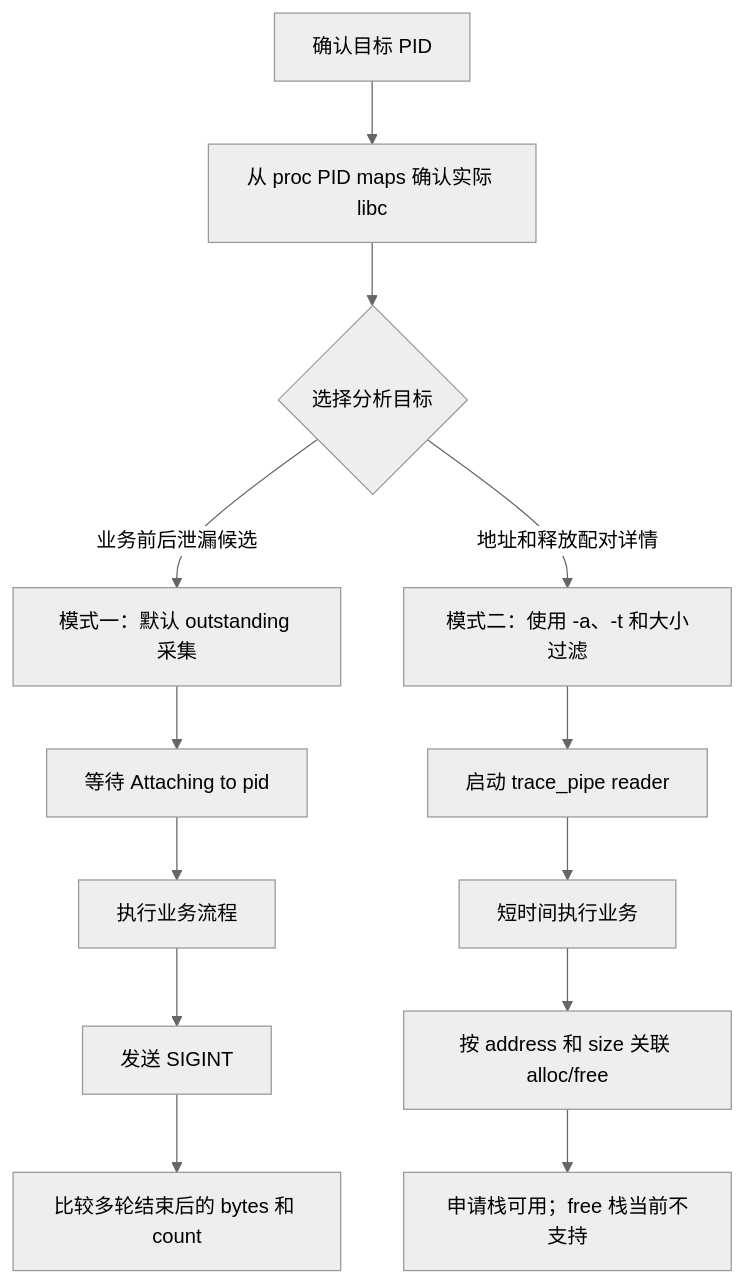
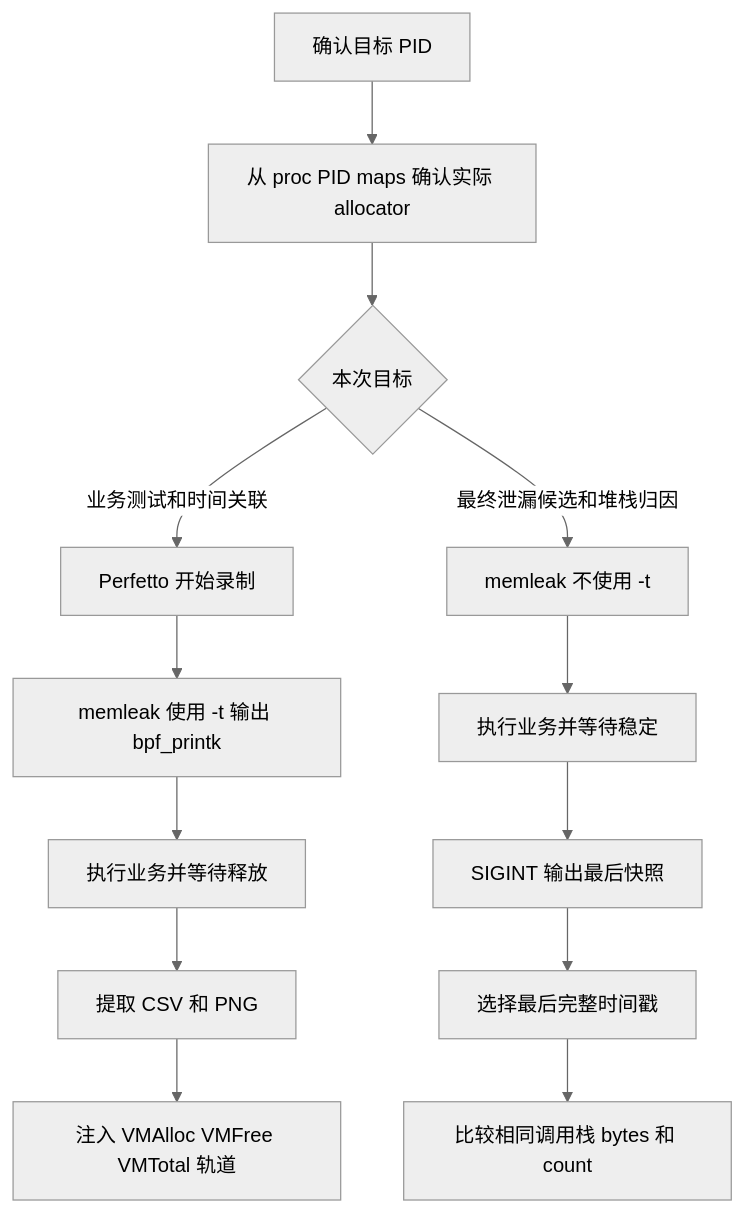
The diagram in libbpf-tools/README.memleak.android.md (kaspersigi/android-memleak), drawn with Mermaid (neutral theme) before and after one commit. The commit also changed other lines of this file, not shown here.

Commit message:
docs(memleak): document VM test and analysis workflows

````diff
--- a/libbpf-tools/README.memleak.android.md
+++ b/libbpf-tools/README.memleak.android.md
@@ -175,17 +181,17 @@
 ```mermaid
 flowchart TD
-    A[确认目标 PID] --> B[从 proc PID maps 确认实际 libc]
-    B --> C{选择分析目标}
+    A[确认目标 PID] --> B[从 proc PID maps 确认实际 allocator]
+    B --> C{本次目标}
 
-    C -->|业务前后泄漏候选| D[模式一：默认 outstanding 采集]
-    D --> E[等待 Attaching to pid]
-    E --> F[执行业务流程]
-    F --> G[发送 SIGINT]
-    G --> H[比较多轮结束后的 bytes 和 count]
+    C -->|业务测试和时间关联| T1[Perfetto 开始录制]
+    T1 --> T2[memleak 使用 -t 输出 bpf_printk]
+    T2 --> T3[执行业务并等待释放]
+    T3 --> T4[提取 CSV 和 PNG]
+    T4 --> T5[注入 VMAlloc VMFree VMTotal 轨道]
 
-    C -->|地址和释放配对详情| I[模式二：使用 -a、-t 和大小过滤]
-    I --> J[启动 trace_pipe reader]
-    J --> K[短时间执行业务]
-    K --> L[按 address 和 size 关联 alloc/free]
-    L --> M[申请栈可用；free 栈当前不支持]
+    C -->|最终泄漏候选和堆栈归因| A1[memleak 不使用 -t]
+    A1 --> A2[执行业务并等待稳定]
+    A2 --> A3[SIGINT 输出最后快照]
+    A3 --> A4[选择最后完整时间戳]
+    A4 --> A5[比较相同调用栈 bytes 和 count]
 ```
````
